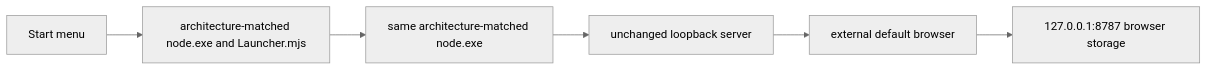
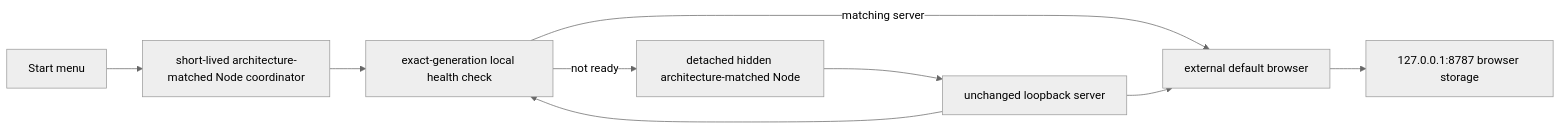
The diagram in docs/MICROSOFT_STORE.md (raymond-nassar/recap-page), drawn with Mermaid (neutral theme) before and after one commit. The commit also changed other lines of this file and 26 other files, not shown here.

````diff
--- a/docs/MICROSOFT_STORE.md
+++ b/docs/MICROSOFT_STORE.md
@@ -149,8 +165,11 @@
 ```mermaid
 flowchart LR
-  Start["Start menu"] --> Launcher["architecture-matched node.exe and Launcher.mjs"]
-  Launcher --> Node["same architecture-matched node.exe"]
+  Start["Start menu"] --> Coordinator["short-lived architecture-matched Node coordinator"]
+  Coordinator --> Health["exact-generation local health check"]
+  Health -->|"not ready"| Node["detached hidden architecture-matched Node"]
   Node --> Server["unchanged loopback server"]
+  Health -->|"matching server"| Browser
+  Server --> Health
   Server --> Browser["external default browser"]
   Browser --> Origin["127.0.0.1:8787 browser storage"]
 ```
````
